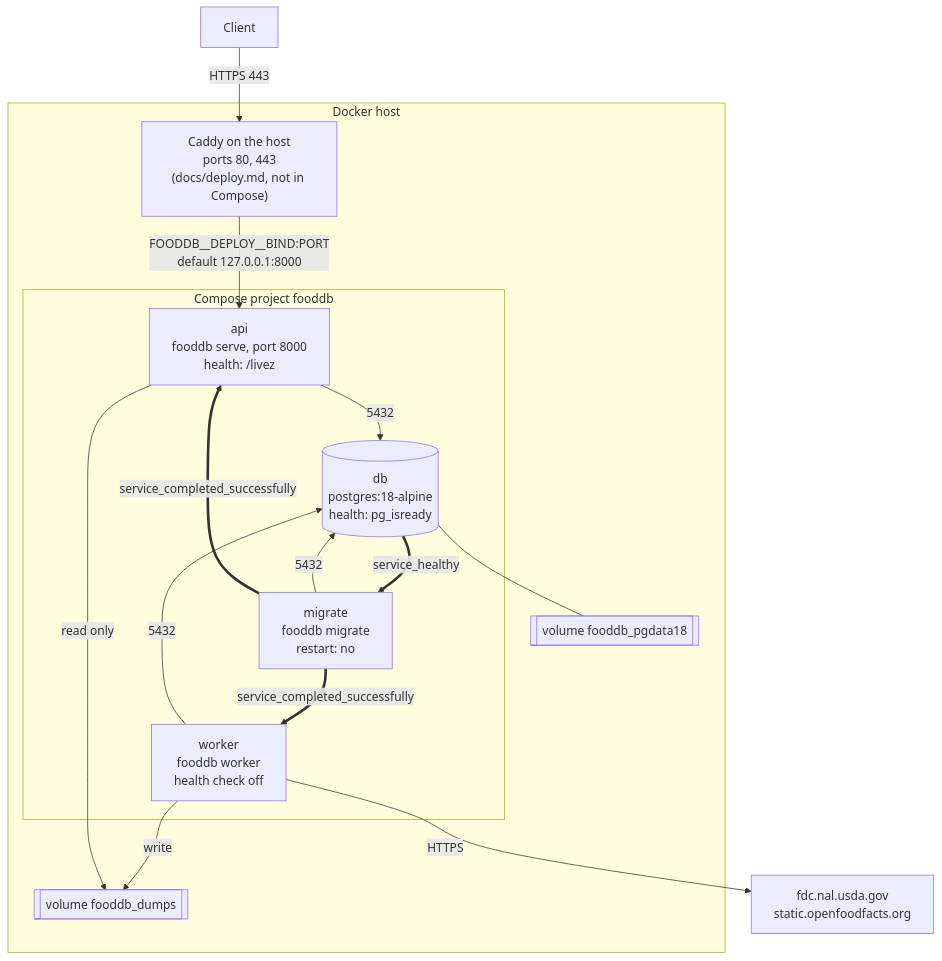
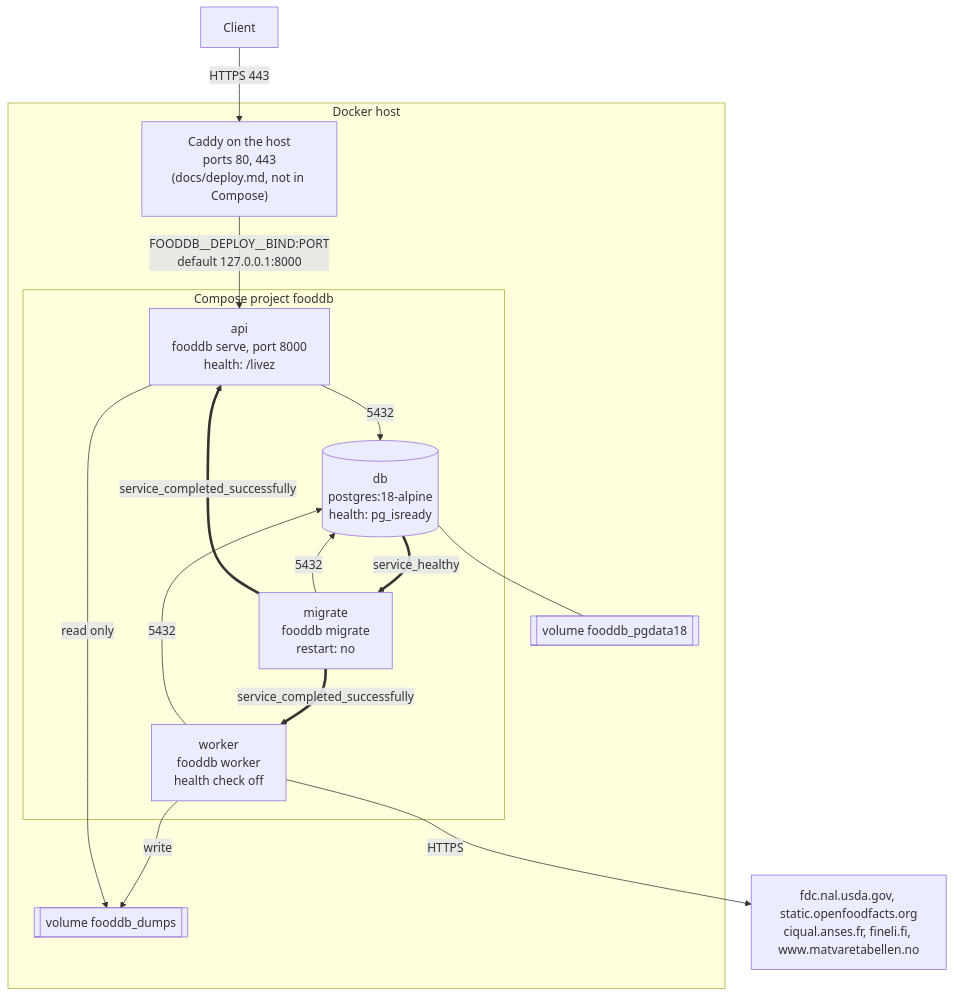
Before and after one commit to eait-fit/fooddb: the second of 14 diagrams in docs/architecture.md, drawn with Mermaid. The commit also changed other lines of this file and 26 other files, not shown here.

First line of the commit message:
feat: CIQUAL, Fineli, Matvaretabellen and FDC Branded intake (#15) (#40)

````diff
--- a/docs/architecture.md
+++ b/docs/architecture.md
@@ -72,28 +77,28 @@
 ```mermaid
 flowchart TB
     client["Client"]
     subgraph host["Docker host"]
         caddy["Caddy on the host<br/>ports 80, 443<br/>(docs/deploy.md, not in Compose)"]
         subgraph stack["Compose project fooddb"]
             dbc[("db<br/>postgres:18-alpine<br/>health: pg_isready")]
             mig["migrate<br/>fooddb migrate<br/>restart: no"]
             apic["api<br/>fooddb serve, port 8000<br/>health: /livez"]
             wk["worker<br/>fooddb worker<br/>health check off"]
         end
         vol[["volume fooddb_pgdata18"]]
         dvol[["volume fooddb_dumps"]]
     end
-    up["fdc.nal.usda.gov<br/>static.openfoodfacts.org"]
+    up["fdc.nal.usda.gov, static.openfoodfacts.org<br/>ciqual.anses.fr, fineli.fi, www.matvaretabellen.no"]
     client -->|"HTTPS 443"| caddy
     caddy -->|"FOODDB__DEPLOY__BIND:PORT<br/>default 127.0.0.1:8000"| apic
     dbc --- vol
     wk -->|"write"| dvol
     apic -->|"read only"| dvol
     mig -->|5432| dbc
     apic -->|5432| dbc
     wk -->|5432| dbc
     wk -->|HTTPS| up
     dbc ==>|service_healthy| mig
     mig ==>|service_completed_successfully| apic
     mig ==>|service_completed_successfully| wk
 ```
````
